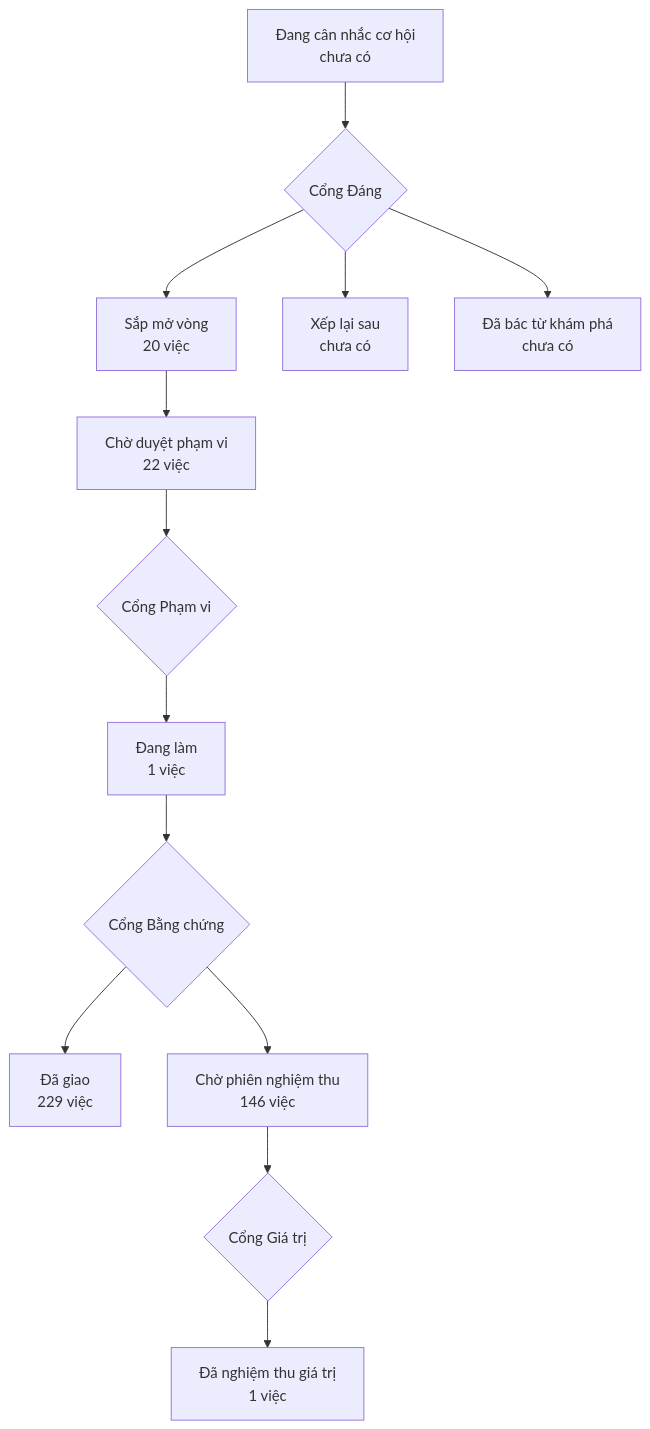
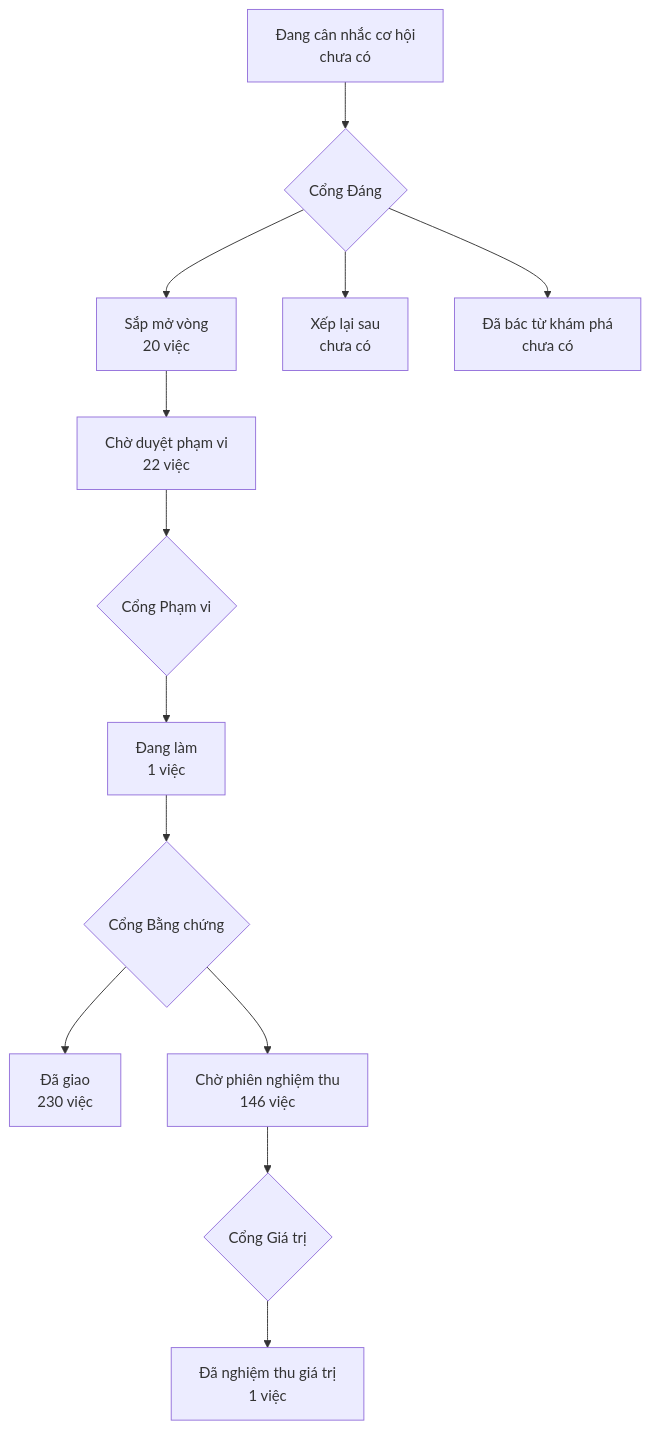
Before and after one commit to phanlemanh/onehub-invest: the diagram in PRODUCT-MAP.md, drawn with Mermaid. The commit also changed other lines of this file and 1 other file, not shown here.

Commit message:
chore: vẽ lại PRODUCT-MAP, LO-TRINH sau gộp main

````diff
--- a/PRODUCT-MAP.md
+++ b/PRODUCT-MAP.md
@@ -7,12 +7,12 @@
 ```mermaid
 flowchart TD
   A["Đang cân nhắc cơ hội<br/>chưa có"] --> GD{"Cổng Đáng"}
   GD --> B["Sắp mở vòng<br/>20 việc"]
   GD --> XL["Xếp lại sau<br/>chưa có"]
   GD --> DB["Đã bác từ khám phá<br/>chưa có"]
   B --> CD["Chờ duyệt phạm vi<br/>22 việc"] --> GP{"Cổng Phạm vi"}
   GP --> DL["Đang làm<br/>1 việc"] --> GB{"Cổng Bằng chứng"}
-  GB --> DG["Đã giao<br/>229 việc"]
+  GB --> DG["Đã giao<br/>230 việc"]
   GB --> CN["Chờ phiên nghiệm thu<br/>146 việc"] --> GG{"Cổng Giá trị"}
   GG --> NT["Đã nghiệm thu giá trị<br/>1 việc"]
 ```
````
